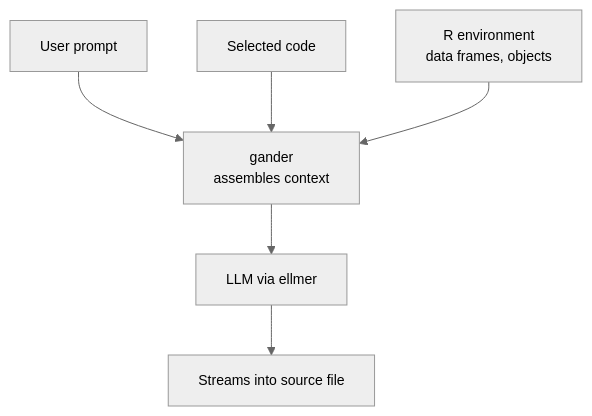
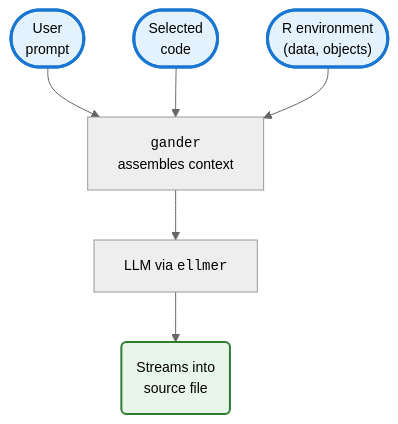
Before and after one commit to mjfrigaard/shiny-app-pkgs: the diagram in gander.qmd, drawn with Mermaid. The commit also changed other lines of this file and 10 other files, not shown here.

````diff
--- a/gander.qmd
+++ b/gander.qmd
@@ -245,15 +247,21 @@
 ```{mermaid}
 %%| fig-cap: 'gander development'
 %%| eval: true 
 %%| echo: false
 %%| fig-align: center
 %%{init: {'theme': 'neutral', 'themeVariables': { 'fontFamily': 'monospace', "fontSize":"14px"}}}%%
 
 flowchart TD
-    User["User prompt"] --> Gander["gander<br>assembles context"]
-    Selection["Selected code"] --> Gander
-    EnvSnapshot["R environment<br>data frames, objects"] --> Gander
-    Gander --> LLM["LLM via ellmer"]
-    LLM --> Insert["Streams into source file"]
+    User(["User<br>prompt"]) --> Gander["<code>gander</code><br>assembles context"]
+    Selection(["Selected<br>code"]) --> Gander
+    EnvSnapshot(["R environment<br>(data, objects)"]) --> Gander
+    Gander --> LLM["LLM via <code>ellmer</code>"]
+    LLM --> Insert("Streams into<br>source file")
+    
+    style User fill:#e3f2fd,stroke:#1976d2,stroke-width:3px,color:#000
+    style Selection fill:#e3f2fd,stroke:#1976d2,stroke-width:3px,color:#000
+    style EnvSnapshot fill:#e3f2fd,stroke:#1976d2,stroke-width:3px,color:#000
+    
+    style Insert fill:#e8f5e9,stroke:#2e7d32,stroke-width:2px,color:#000
     
 ```
````
